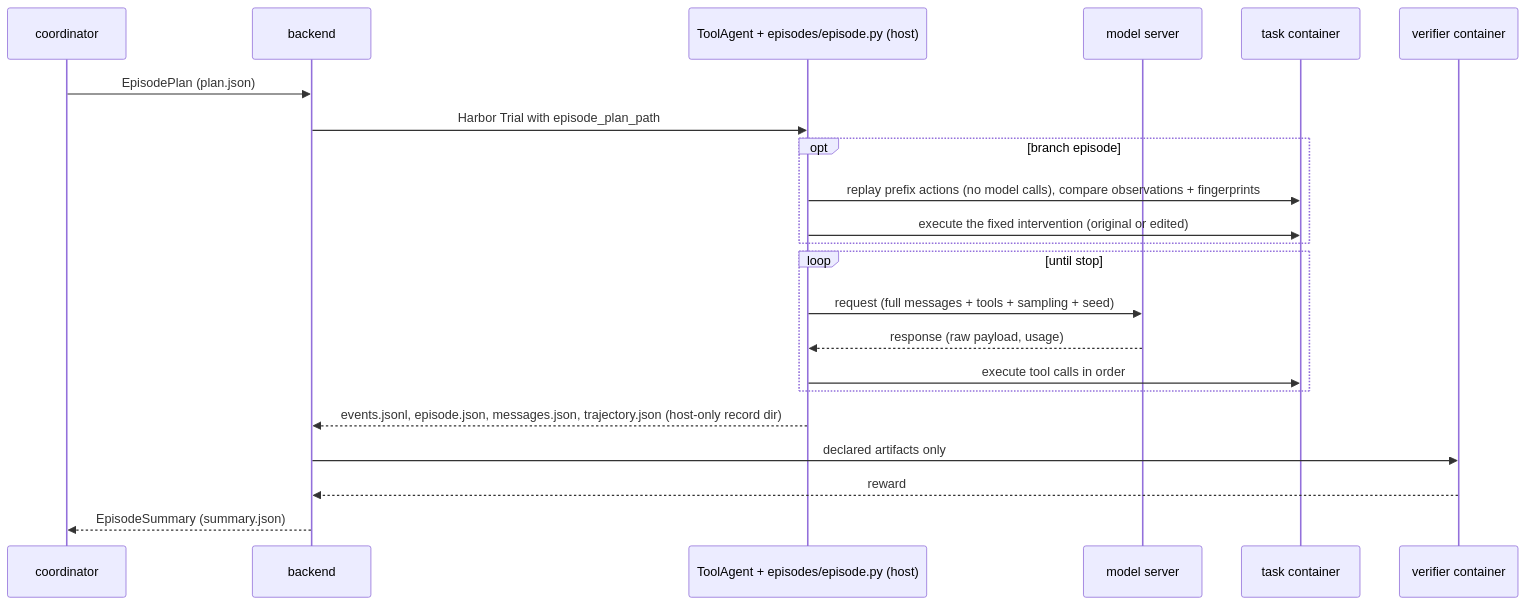
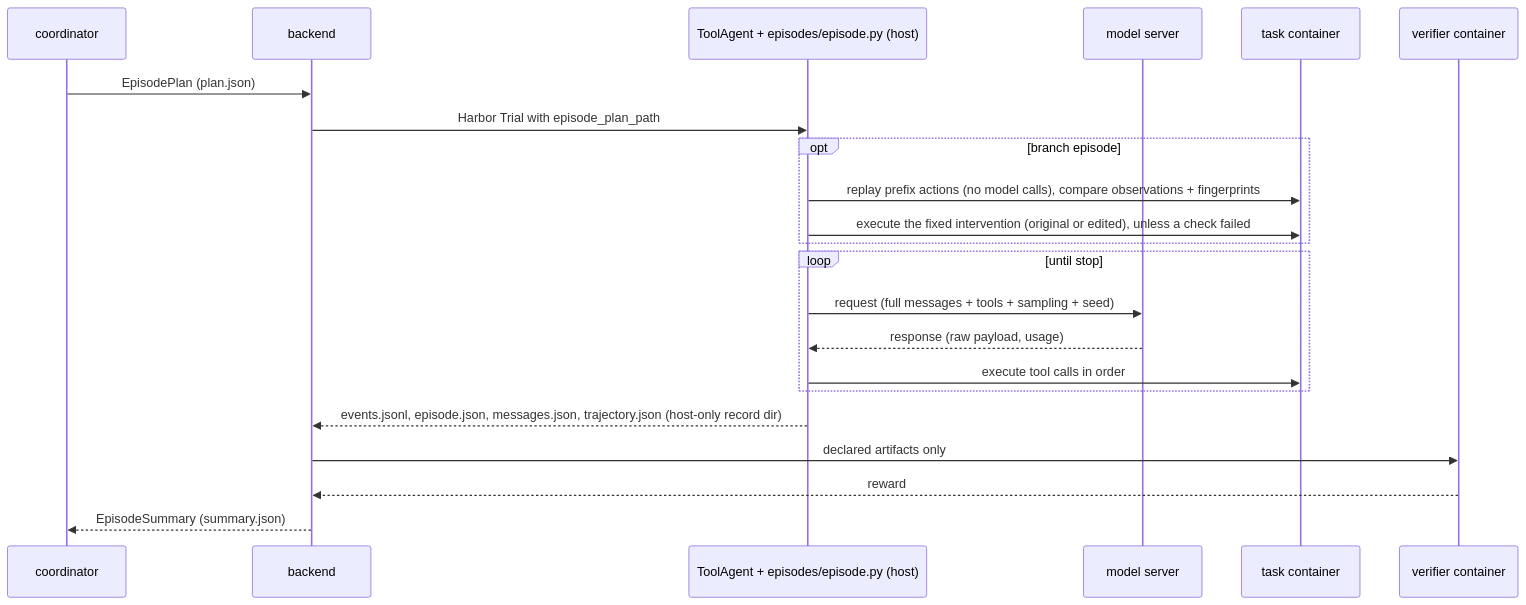
The third of 3 diagrams in docs/architecture.md (thomas-lane/learning-loop), drawn with Mermaid before and after one commit. The commit also changed other lines of this file and 11 other files, not shown here.

````diff
--- a/docs/architecture.md
+++ b/docs/architecture.md
@@ -196,24 +184,24 @@
 ```mermaid
 sequenceDiagram
     participant CO as coordinator
     participant BE as backend
     participant AG as ToolAgent + episodes/episode.py (host)
     participant M as model server
     participant TC as task container
     participant VC as verifier container
     CO->>BE: EpisodePlan (plan.json)
     BE->>AG: Harbor Trial with episode_plan_path
     opt branch episode
         AG->>TC: replay prefix actions (no model calls), compare observations + fingerprints
-        AG->>TC: execute the fixed intervention (original or edited)
+        AG->>TC: execute the fixed intervention (original or edited), unless a check failed
     end
     loop until stop
         AG->>M: request (full messages + tools + sampling + seed)
         M-->>AG: response (raw payload, usage)
         AG->>TC: execute tool calls in order
     end
     AG-->>BE: events.jsonl, episode.json, messages.json, trajectory.json (host-only record dir)
     BE->>VC: declared artifacts only
     VC-->>BE: reward
     BE-->>CO: EpisodeSummary (summary.json)
 ```
````
